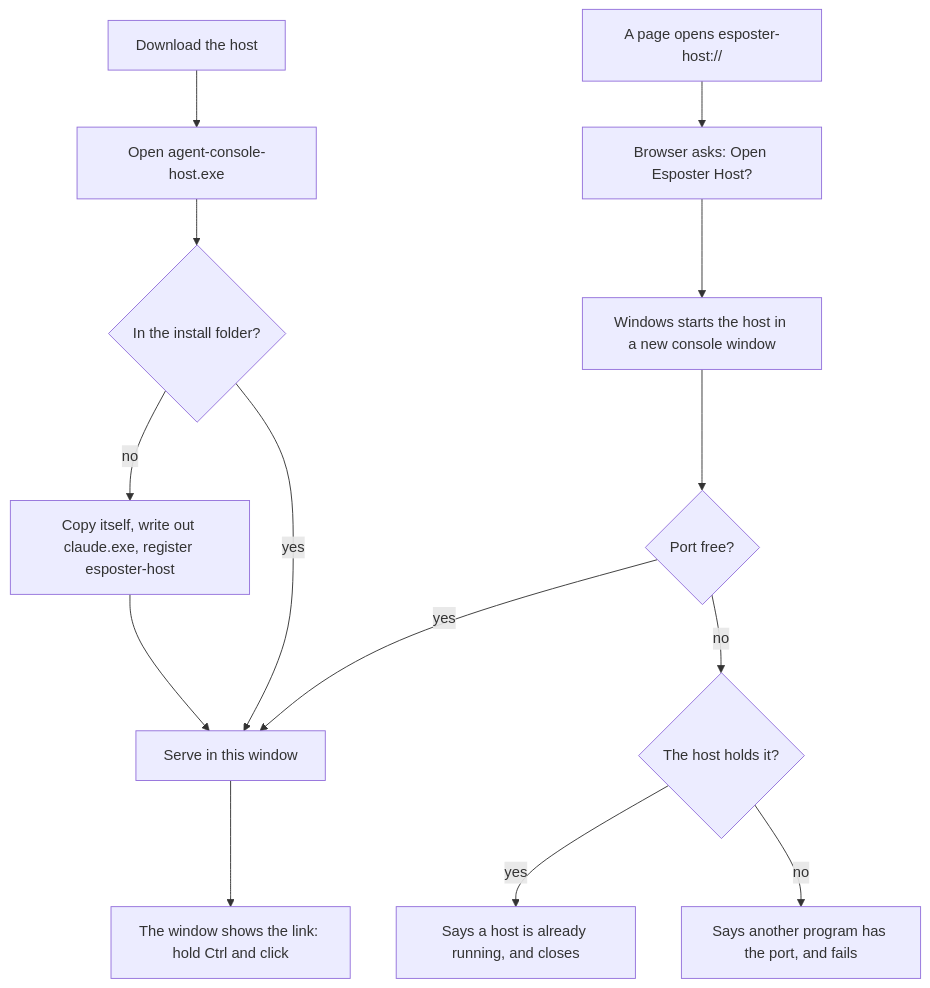
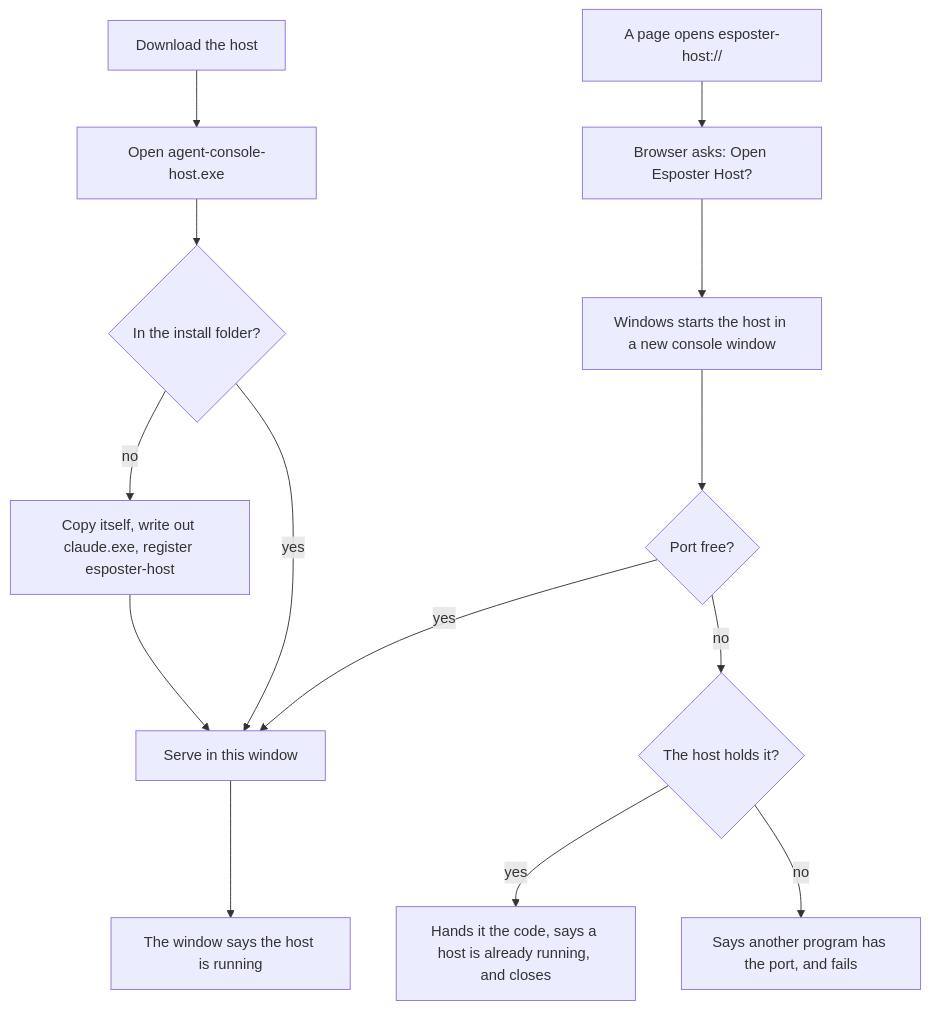
One commit to Esposter/Esposter changed the diagram in apps/web/content/docs/infra/claude-interface/agent-console/host-installer.md. Above: the diagram before and after it, drawn with Mermaid. The commit also changed other lines of this file and 76 other files, not shown here.

````diff
--- a/apps/web/content/docs/infra/claude-interface/agent-console/host-installer.md
+++ b/apps/web/content/docs/infra/claude-interface/agent-console/host-installer.md
@@ -19,16 +19,16 @@
 ```mermaid
 flowchart TD
   D[Download the host] --> R[Open agent-console-host.exe]
   R --> I{In the install folder?}
   I -->|no| C[Copy itself, write out claude.exe, register esposter-host]
   C --> S[Serve in this window]
   I -->|yes| S
-  S --> K[The window shows the link: hold Ctrl and click]
+  S --> K[The window says the host is running]
   L["A page opens esposter-host://"] --> P[Browser asks: Open Esposter Host?]
   P --> W[Windows starts the host in a new console window]
   W --> T{Port free?}
   T -->|yes| S
   T -->|no| H{The host holds it?}
-  H -->|yes| E[Says a host is already running, and closes]
+  H -->|yes| E[Hands it the code, says a host is already running, and closes]
   H -->|no| F[Says another program has the port, and fails]
 ```
````
